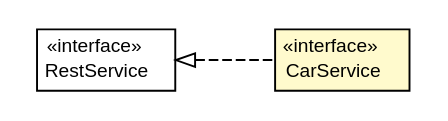
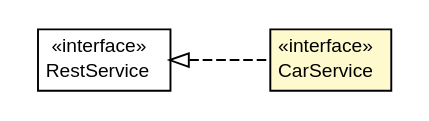
The diagram in javadoc/apidocs/com/gwtplatform/carstore/client/rest/CarService.dot (ArcBees/GWTP), drawn with Graphviz before and after one commit. The commit also changed 2699 other files, not shown here.

```diff
--- a/javadoc/apidocs/com/gwtplatform/carstore/client/rest/CarService.dot
+++ b/javadoc/apidocs/com/gwtplatform/carstore/client/rest/CarService.dot
@@ -1,29 +1,29 @@
 #!/usr/local/bin/dot
 #
 # Class diagram 
 # Generated by UMLGraph version R5_6-24-gf6e263 (http://www.umlgraph.org/)
 #
 
 digraph G {
-	edge [fontname="Helvetica",fontsize=10,labelfontname="Helvetica",labelfontsize=10];
-	node [fontname="Helvetica",fontsize=10,shape=plaintext];
+	edge [fontname="arial",fontsize=10,labelfontname="arial",labelfontsize=10];
+	node [fontname="arial",fontsize=10,shape=plaintext];
 	nodesep=0.25;
 	ranksep=0.5;
 	rankdir=LR;
-	// com.gwtplatform.dispatch.shared.rest.RestService
-	c120574 [label=<<table title="com.gwtplatform.dispatch.shared.rest.RestService" border="0" cellborder="1" cellspacing="0" cellpadding="2" port="p" href="../../../dispatch/shared/rest/RestService.html">
+	// com.gwtplatform.dispatch.rest.shared.RestService
+	c170072 [label=<<table title="com.gwtplatform.dispatch.rest.shared.RestService" border="0" cellborder="1" cellspacing="0" cellpadding="2" port="p" href="../../../dispatch/rest/shared/RestService.html">
 		<tr><td><table border="0" cellspacing="0" cellpadding="1">
 <tr><td align="center" balign="center"> &#171;interface&#187; </td></tr>
 <tr><td align="center" balign="center"> RestService </td></tr>
 		</table></td></tr>
-		</table>>, URL="../../../dispatch/shared/rest/RestService.html", fontname="Helvetica", fontcolor="black", fontsize=10.0];
+		</table>>, URL="../../../dispatch/rest/shared/RestService.html", fontname="arial", fontcolor="black", fontsize=10.0];
 	// com.gwtplatform.carstore.client.rest.CarService
-	c120758 [label=<<table title="com.gwtplatform.carstore.client.rest.CarService" border="0" cellborder="1" cellspacing="0" cellpadding="2" port="p" bgcolor="lemonChiffon" href="./CarService.html">
+	c170363 [label=<<table title="com.gwtplatform.carstore.client.rest.CarService" border="0" cellborder="1" cellspacing="0" cellpadding="2" port="p" bgcolor="lemonChiffon" href="./CarService.html">
 		<tr><td><table border="0" cellspacing="0" cellpadding="1">
 <tr><td align="center" balign="center"> &#171;interface&#187; </td></tr>
 <tr><td align="center" balign="center"> CarService </td></tr>
 		</table></td></tr>
-		</table>>, URL="./CarService.html", fontname="Helvetica", fontcolor="black", fontsize=10.0];
-	//com.gwtplatform.carstore.client.rest.CarService implements com.gwtplatform.dispatch.shared.rest.RestService
-	c120574:p -> c120758:p [dir=back,arrowtail=empty,style=dashed];
+		</table>>, URL="./CarService.html", fontname="arial", fontcolor="black", fontsize=10.0];
+	//com.gwtplatform.carstore.client.rest.CarService implements com.gwtplatform.dispatch.rest.shared.RestService
+	c170072:p -> c170363:p [dir=back,arrowtail=empty,style=dashed];
 }
```
